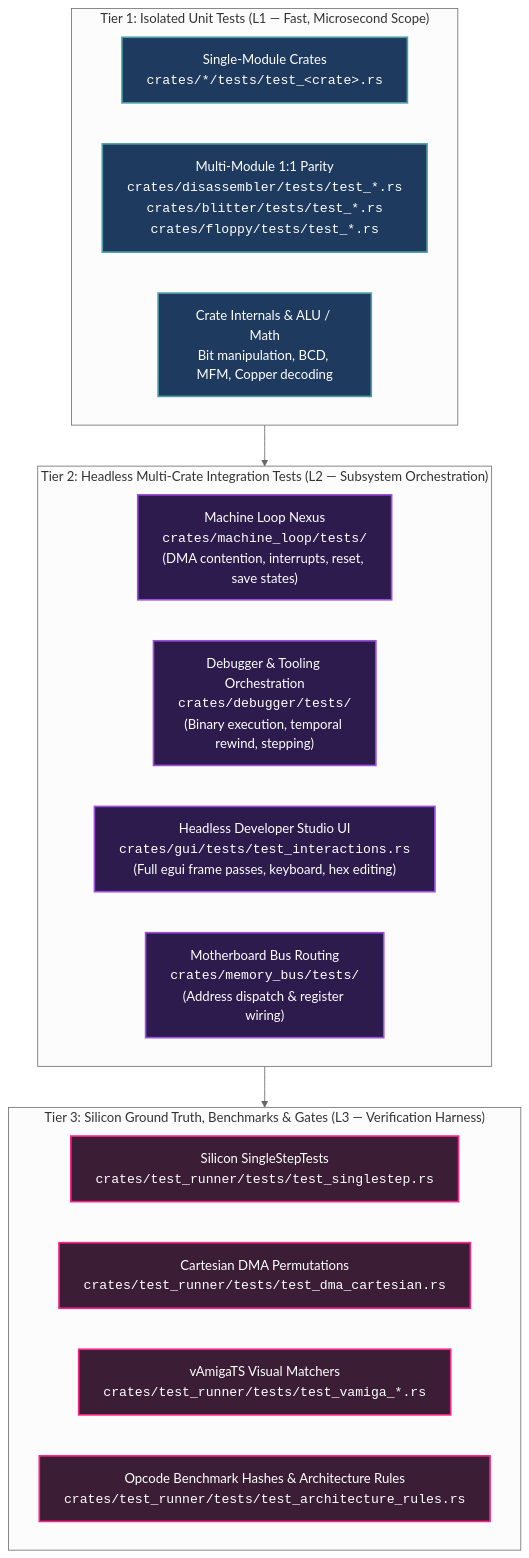
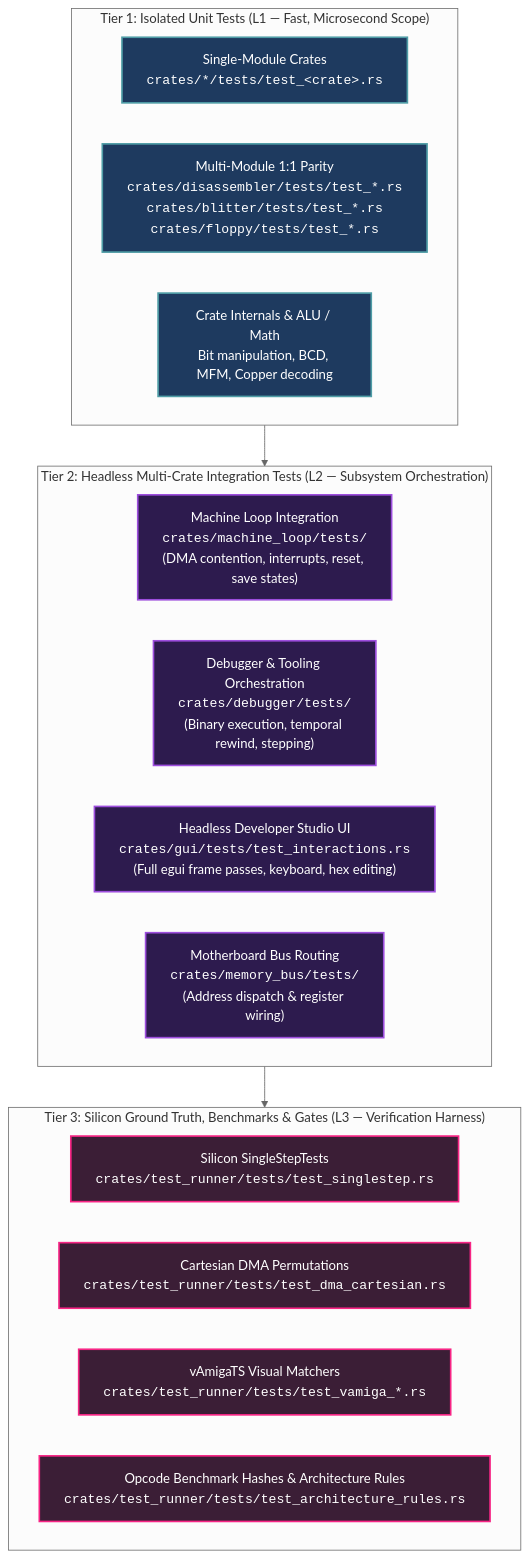
Before and after one commit to tomek-anuszkiewicz/amiga-studio: the first of 2 diagrams in Obsidian/Amiga/Design/Testing Strategy and Quality Assurance.md, drawn with Mermaid (neutral theme). The commit also changed other lines of this file and 17 other files, not shown here.

````diff
--- a/Obsidian/Amiga/Design/Testing Strategy and Quality Assurance.md
+++ b/Obsidian/Amiga/Design/Testing Strategy and Quality Assurance.md
@@ -24,29 +24,29 @@
 ```mermaid
 graph TD
     classDef t1 fill:#1e3a5f,stroke:#4f9da6,stroke-width:2px,color:#ffffff;
     classDef t2 fill:#2d1b4e,stroke:#9d4edd,stroke-width:2px,color:#ffffff;
     classDef t3 fill:#3b1e36,stroke:#f72585,stroke-width:2px,color:#ffffff;
 
     subgraph Tier1["Tier 1: Isolated Unit Tests (L1 — Fast, Microsecond Scope)"]
         U1["Single-Module Crates<br/><code>crates/*/tests/test_&lt;crate&gt;.rs</code>"]:::t1
         U2["Multi-Module 1:1 Parity<br/><code>crates/disassembler/tests/test_*.rs</code><br/><code>crates/blitter/tests/test_*.rs</code><br/><code>crates/floppy/tests/test_*.rs</code>"]:::t1
         U3["Crate Internals & ALU / Math<br/>Bit manipulation, BCD, MFM, Copper decoding"]:::t1
     end
 
     subgraph Tier2["Tier 2: Headless Multi-Crate Integration Tests (L2 — Subsystem Orchestration)"]
-        I1["Machine Loop Nexus<br/><code>crates/machine_loop/tests/</code><br/>(DMA contention, interrupts, reset, save states)"]:::t2
+        I1["Machine Loop Integration<br/><code>crates/machine_loop/tests/</code><br/>(DMA contention, interrupts, reset, save states)"]:::t2
         I2["Debugger & Tooling Orchestration<br/><code>crates/debugger/tests/</code><br/>(Binary execution, temporal rewind, stepping)"]:::t2
         I3["Headless Developer Studio UI<br/><code>crates/gui/tests/test_interactions.rs</code><br/>(Full egui frame passes, keyboard, hex editing)"]:::t2
         I4["Motherboard Bus Routing<br/><code>crates/memory_bus/tests/</code><br/>(Address dispatch & register wiring)"]:::t2
     end
 
     subgraph Tier3["Tier 3: Silicon Ground Truth, Benchmarks & Gates (L3 — Verification Harness)"]
         V1["Silicon SingleStepTests<br/><code>crates/test_runner/tests/test_singlestep.rs</code>"]:::t3
         V2["Cartesian DMA Permutations<br/><code>crates/test_runner/tests/test_dma_cartesian.rs</code>"]:::t3
         V3["vAmigaTS Visual Matchers<br/><code>crates/test_runner/tests/test_vamiga_*.rs</code>"]:::t3
         V4["Opcode Benchmark Hashes & Architecture Rules<br/><code>crates/test_runner/tests/test_architecture_rules.rs</code>"]:::t3
     end
 
     Tier1 --> Tier2
     Tier2 --> Tier3
 ```
````
